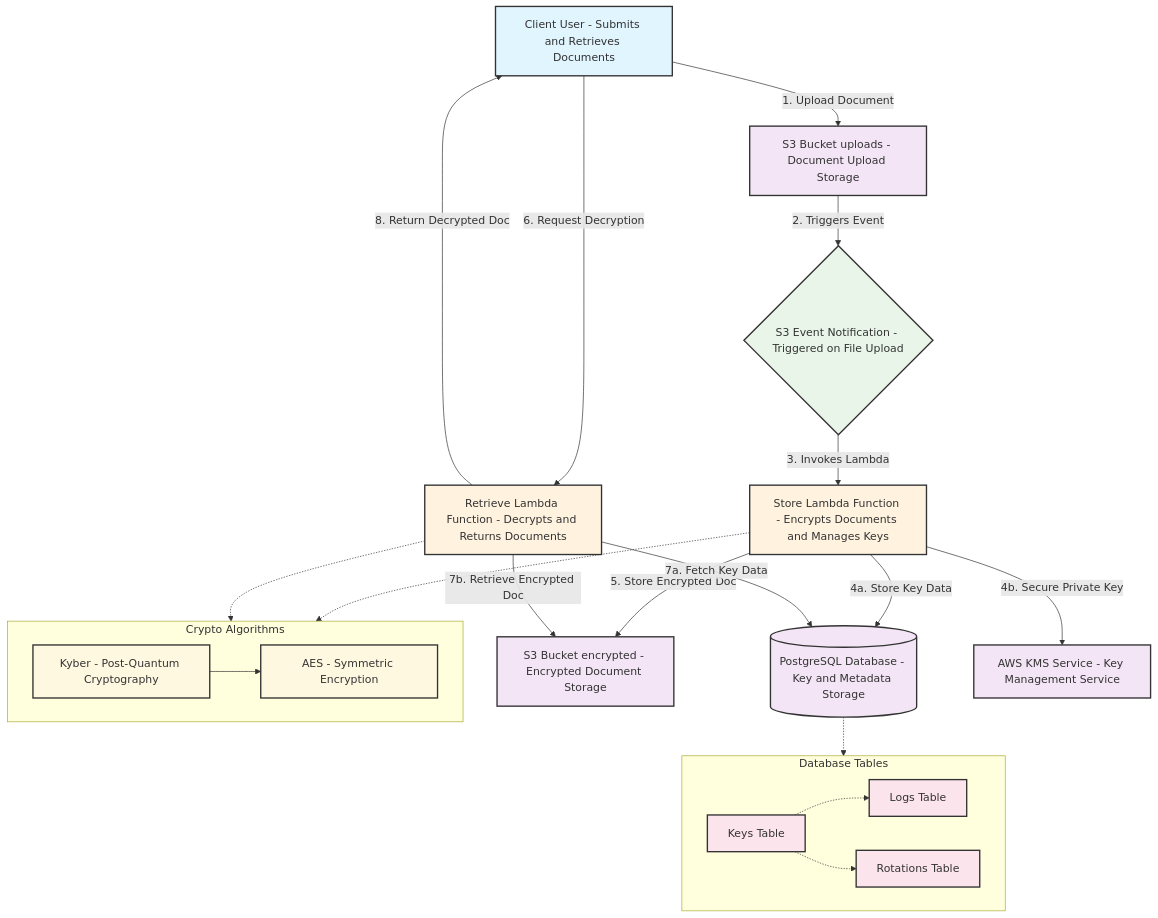
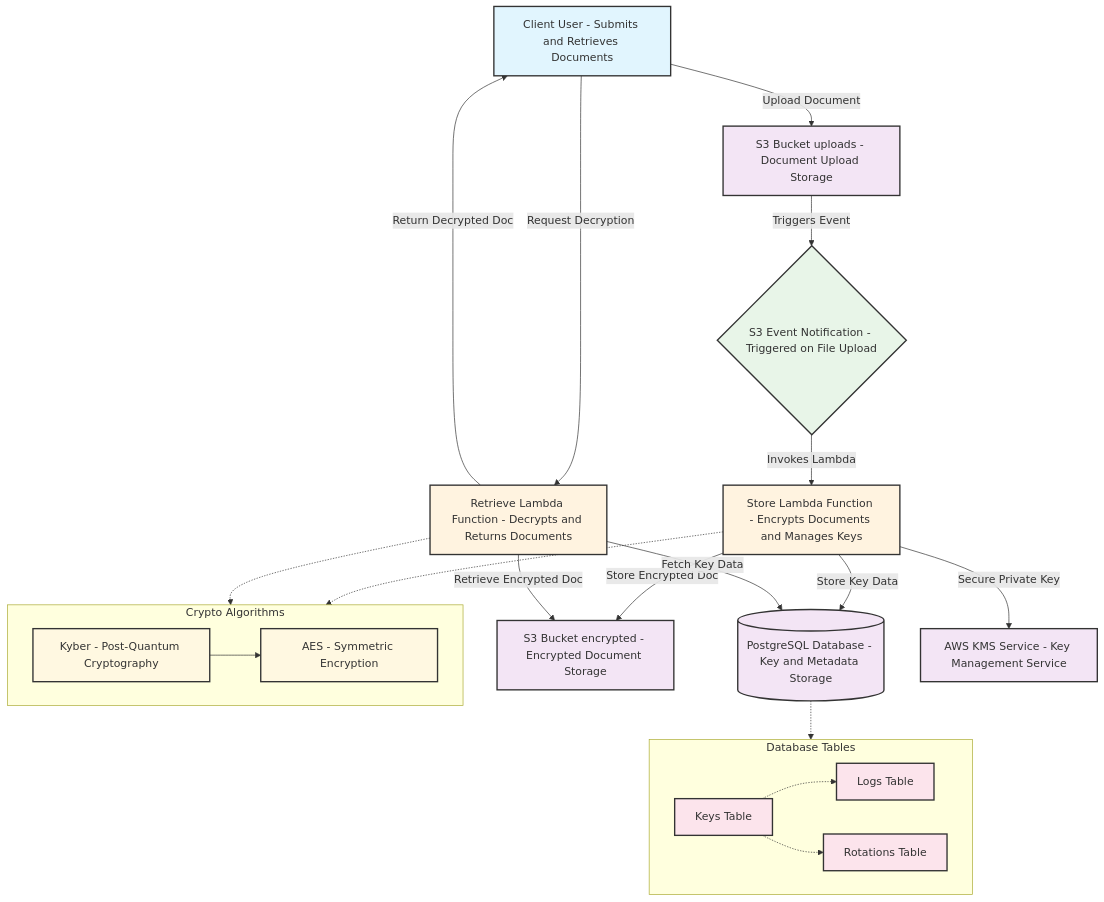
Before and after one commit to m1rl0k/pqfile: the diagram in architecture.mmd, drawn with Mermaid.

```diff
--- a/architecture.mmd
+++ b/architecture.mmd
@@ -1,65 +1,65 @@
 graph TB
     %% Define node styles
     classDef userClass fill:#e1f5fe,stroke:#333,stroke-width:2px
     classDef lambdaClass fill:#fff3e0,stroke:#333,stroke-width:2px
     classDef storageClass fill:#f3e5f5,stroke:#333,stroke-width:2px
     classDef eventClass fill:#e8f5e8,stroke:#333,stroke-width:2px
     classDef algorithmClass fill:#fff8e1,stroke:#333,stroke-width:2px
     classDef dbClass fill:#fce4ec,stroke:#333,stroke-width:2px
     
     %% External Components
     User[Client User - Submits and Retrieves Documents] 
     S3Up[S3 Bucket uploads - Document Upload Storage] 
     S3Enc[S3 Bucket encrypted - Encrypted Document Storage] 
     
     %% Core Services
     Store[Store Lambda Function - Encrypts Documents and Manages Keys] 
     Retrieve[Retrieve Lambda Function - Decrypts and Returns Documents] 
     DB[(PostgreSQL Database - Key and Metadata Storage)] 
     KMS[AWS KMS Service - Key Management Service] 
     
     %% Event Flow
     Event{S3 Event Notification - Triggered on File Upload} 
     
     %% Flow Connections
-    User -->|1. Upload Document| S3Up
-    User -->|6. Request Decryption| Retrieve
+    User -->|Upload Document| S3Up
+    User -->|Request Decryption| Retrieve
     
     %% Automatic Encryption Flow
-    S3Up -->|2. Triggers Event| Event
-    Event -->|3. Invokes Lambda| Store
-    Store -->|4a. Store Key Data| DB
-    Store -->|4b. Secure Private Key| KMS
-    Store -->|5. Store Encrypted Doc| S3Enc
+    S3Up -->|Triggers Event| Event
+    Event -->|Invokes Lambda| Store
+    Store -->|Store Key Data| DB
+    Store -->|Secure Private Key| KMS
+    Store -->|Store Encrypted Doc| S3Enc
     
     %% Decryption Flow
-    Retrieve -->|7a. Fetch Key Data| DB
-    Retrieve -->|7b. Retrieve Encrypted Doc| S3Enc
-    Retrieve -->|8. Return Decrypted Doc| User
+    Retrieve -->|Fetch Key Data| DB
+    Retrieve -->|Retrieve Encrypted Doc| S3Enc
+    Retrieve -->|Return Decrypted Doc| User
     
     %% Algorithm Details
     subgraph Algo [Crypto Algorithms]
         Kyber[Kyber - Post-Quantum Cryptography]
         AES[AES - Symmetric Encryption]
         Kyber --> AES
     end
     Store -.-> Algo
     Retrieve -.-> Algo
     
     %% Database Schema
     subgraph DBSchema [Database Tables]
         Keys[Keys Table]
         Logs[Logs Table]
         Rots[Rotations Table]
         Keys -.-> Logs
         Keys -.-> Rots
     end
     DB -.-> DBSchema
     
     %% Apply styles to nodes
     class User userClass
     class Store,Retrieve lambdaClass
     class S3Up,S3Enc,DB,KMS storageClass
     class Event eventClass
     class Kyber,AES algorithmClass
     class Keys,Logs,Rots dbClass
```
